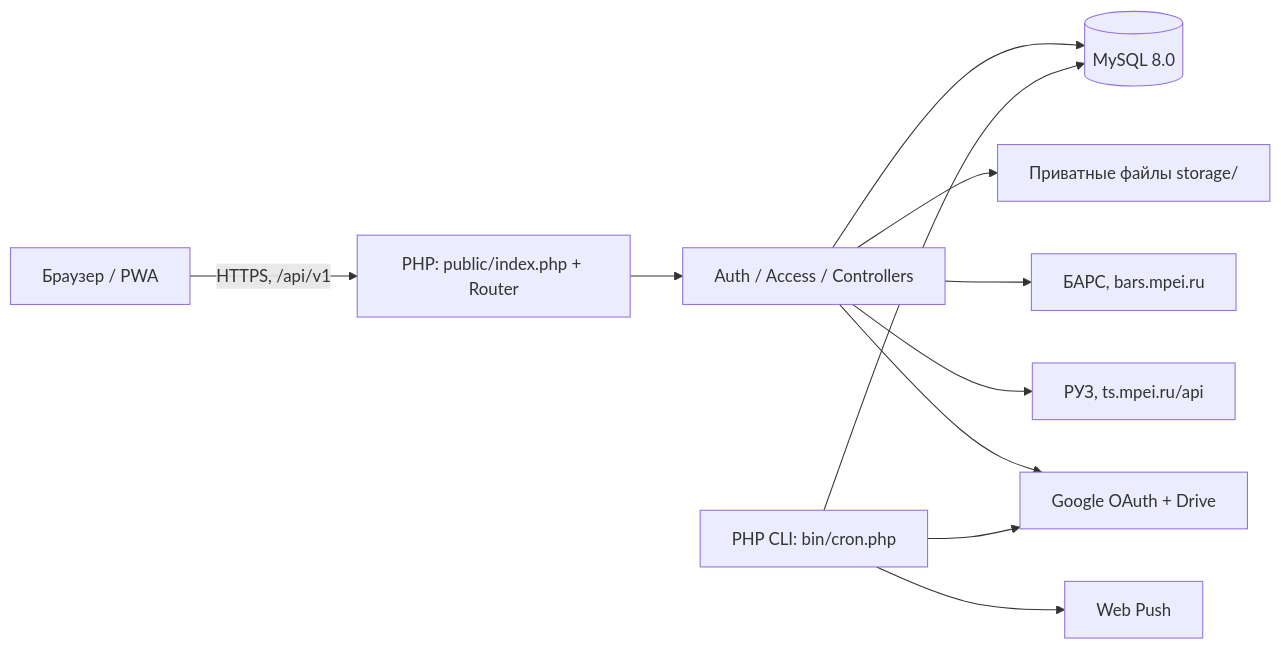
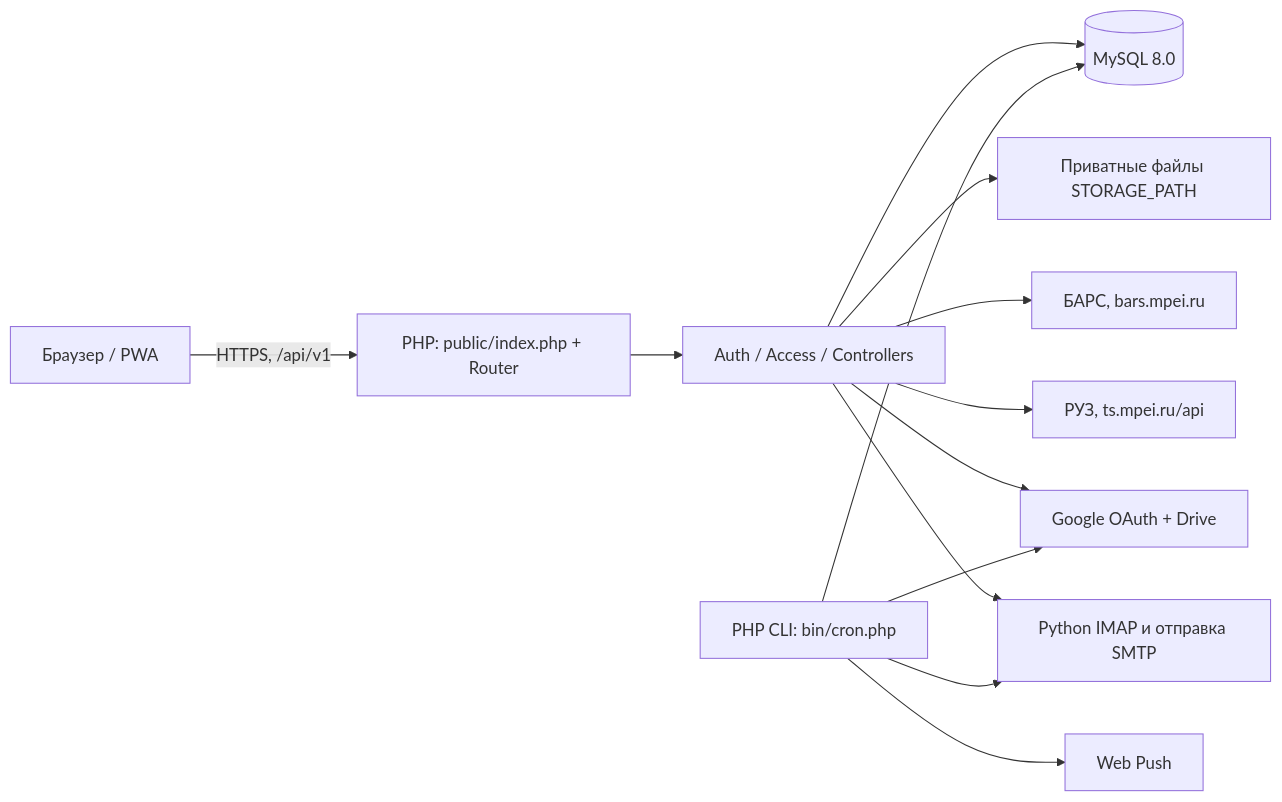
Before and after one commit to QuestGuideRF/studpulse: the first of 2 diagrams in README.md, drawn with Mermaid. The commit also changed other lines of this file and 68 other files, not shown here.

````diff
--- a/README.md
+++ b/README.md
@@ -88,13 +209,15 @@
 ```mermaid
 flowchart LR
     B[Браузер / PWA] -->|HTTPS, /api/v1| P[PHP: public/index.php + Router]
     P --> A[Auth / Access / Controllers]
     A --> D[(MySQL 8.0)]
-    A --> F[Приватные файлы storage/]
+    A --> F[Приватные файлы STORAGE_PATH]
     A --> C[БАРС, bars.mpei.ru]
     A --> R[РУЗ, ts.mpei.ru/api]
     A --> G[Google OAuth + Drive]
+    A --> M[Python IMAP и отправка SMTP]
     W[PHP CLI: bin/cron.php] --> D
     W --> G
+    W --> M
     W --> N[Web Push]
 ```
````
